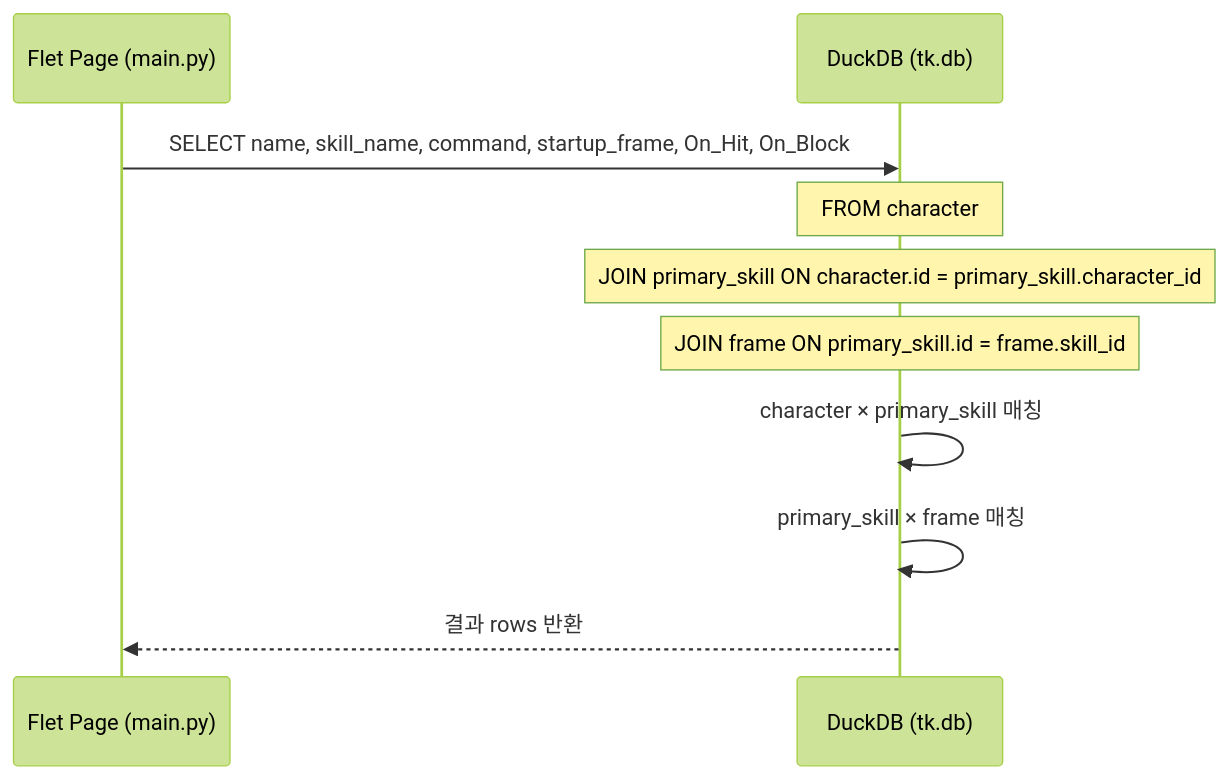
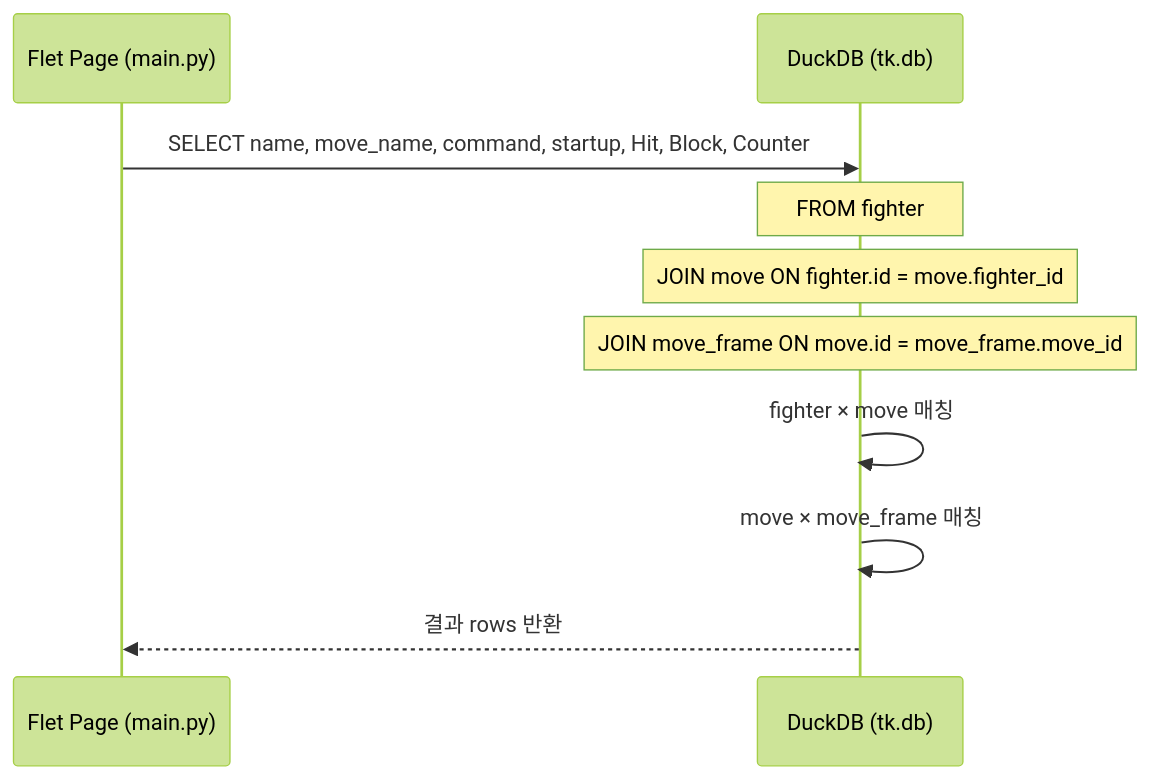
One commit to joohone570/tekken-db changed the diagram in mermaid/Join.md. Above: the diagram before and after it, drawn with Mermaid (forest theme). The commit also changed 13 other files, not shown here.

````diff
--- a/mermaid/Join.md
+++ b/mermaid/Join.md
@@ -1,13 +1,13 @@
 ```mermaid
 sequenceDiagram
     participant Page as Flet Page (main.py)
     participant DB as DuckDB (tk.db)
 
-    Page->>DB: SELECT name, skill_name, command, startup_frame, On_Hit, On_Block
-    note over DB: FROM character
-    note over DB: JOIN primary_skill ON character.id = primary_skill.character_id
-    note over DB: JOIN frame ON primary_skill.id = frame.skill_id
-    DB->>DB: character × primary_skill 매칭
-    DB->>DB: primary_skill × frame 매칭
+    Page->>DB: SELECT name, move_name, command, startup, Hit, Block, Counter
+    note over DB: FROM fighter
+    note over DB: JOIN move ON fighter.id = move.fighter_id
+    note over DB: JOIN move_frame ON move.id = move_frame.move_id
+    DB->>DB: fighter × move 매칭
+    DB->>DB: move × move_frame 매칭
     DB-->>Page: 결과 rows 반환
 ```
````
